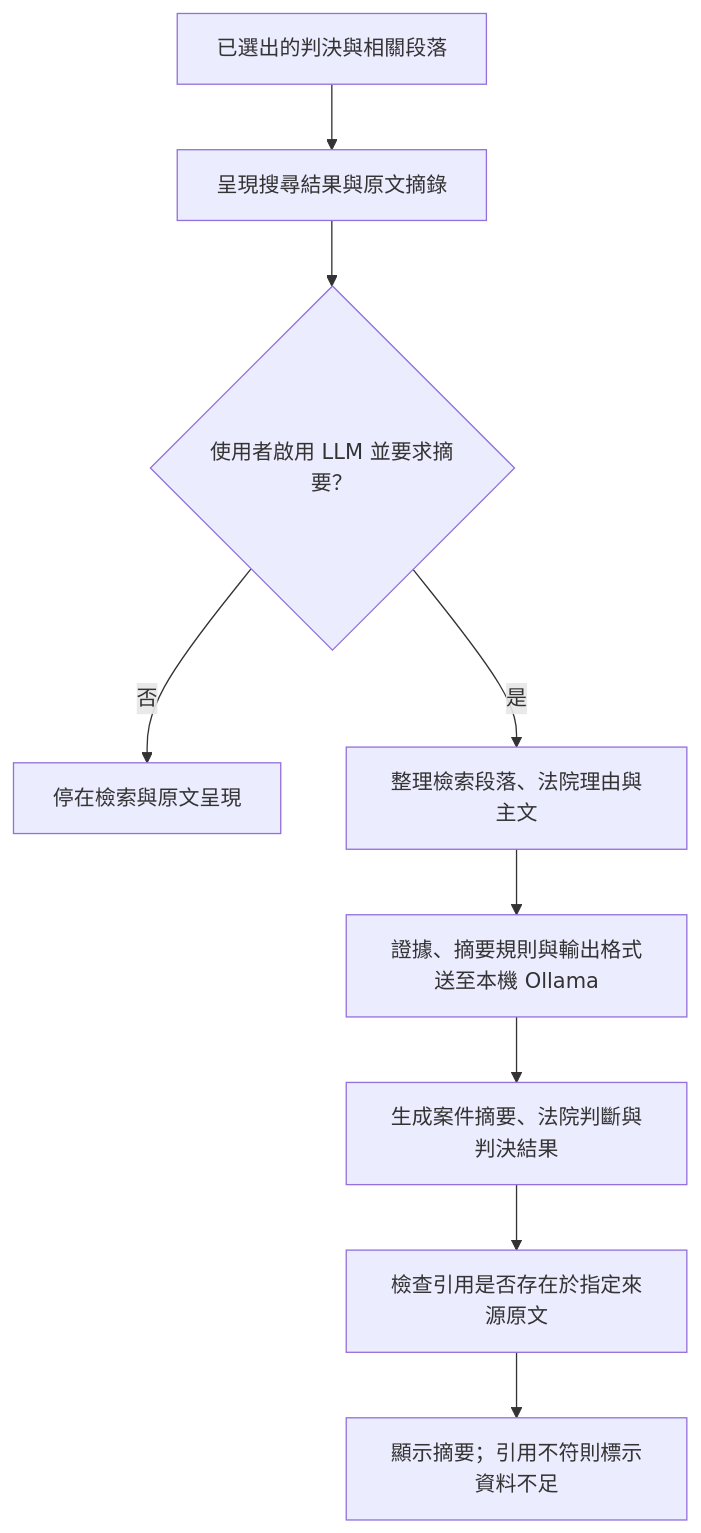
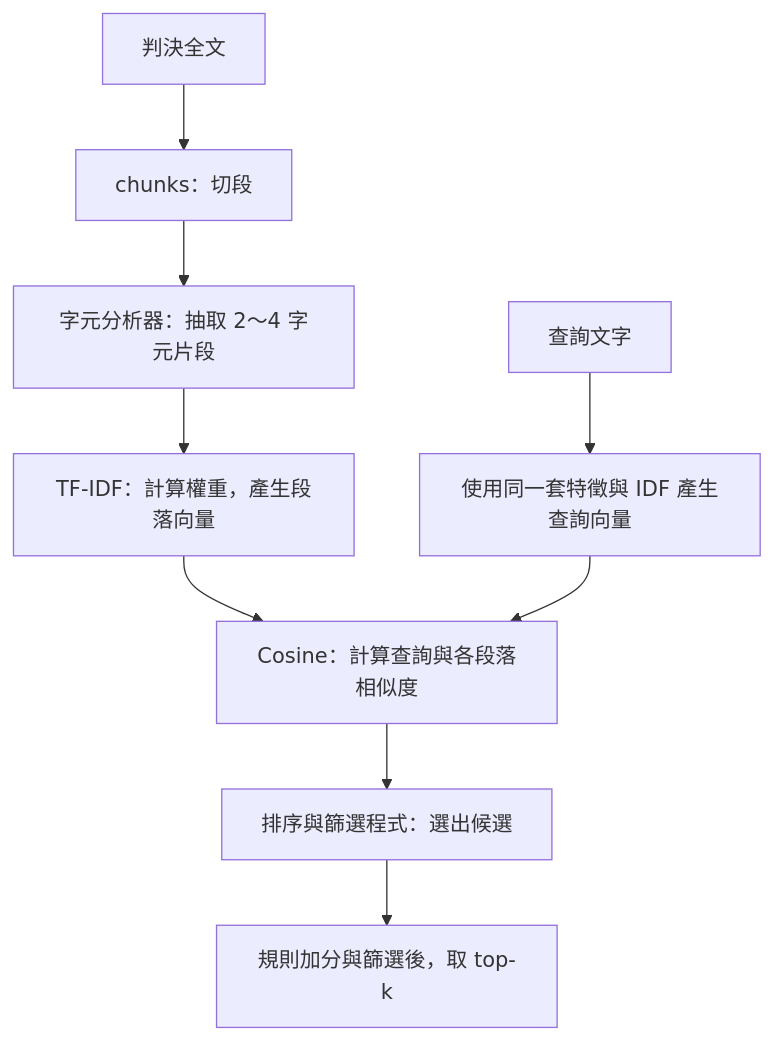
Before and after one commit to OohelloworldoO/Paper-Reading-Notes: the fourth of 6 diagrams in 2026/1012-TF-IDF/README.md, drawn with Mermaid. The commit also changed other lines of this file and 1 other file, not shown here.

````diff
--- a/2026/1012-TF-IDF/README.md
+++ b/2026/1012-TF-IDF/README.md
@@ -88,11 +146,11 @@
 ```mermaid
 flowchart TD
-    A["已選出的判決與相關段落"] --> B["呈現搜尋結果與原文摘錄"]
-    B --> C{"使用者啟用 LLM 並要求摘要？"}
-    C -->|否| D["停在檢索與原文呈現"]
-    C -->|是| E["整理檢索段落、法院理由與主文"]
-    E --> F["證據、摘要規則與輸出格式送至本機 Ollama"]
-    F --> G["生成案件摘要、法院判斷與判決結果"]
-    G --> H["檢查引用是否存在於指定來源原文"]
-    H --> I["顯示摘要；引用不符則標示資料不足"]
+A["判決全文"] --> B["chunks：切段"]
+B --> C["字元分析器：抽取 2～4 字元片段"]
+C --> D["TF-IDF：計算權重，產生段落向量"]
+Q["查詢文字"] --> E["使用同一套特徵與 IDF 產生查詢向量"]
+D --> F["Cosine：計算查詢與各段落相似度"]
+E --> F
+F --> G["排序與篩選程式：選出候選"]
+G --> H["規則加分與篩選後，取 top-k"]
 ```
````
